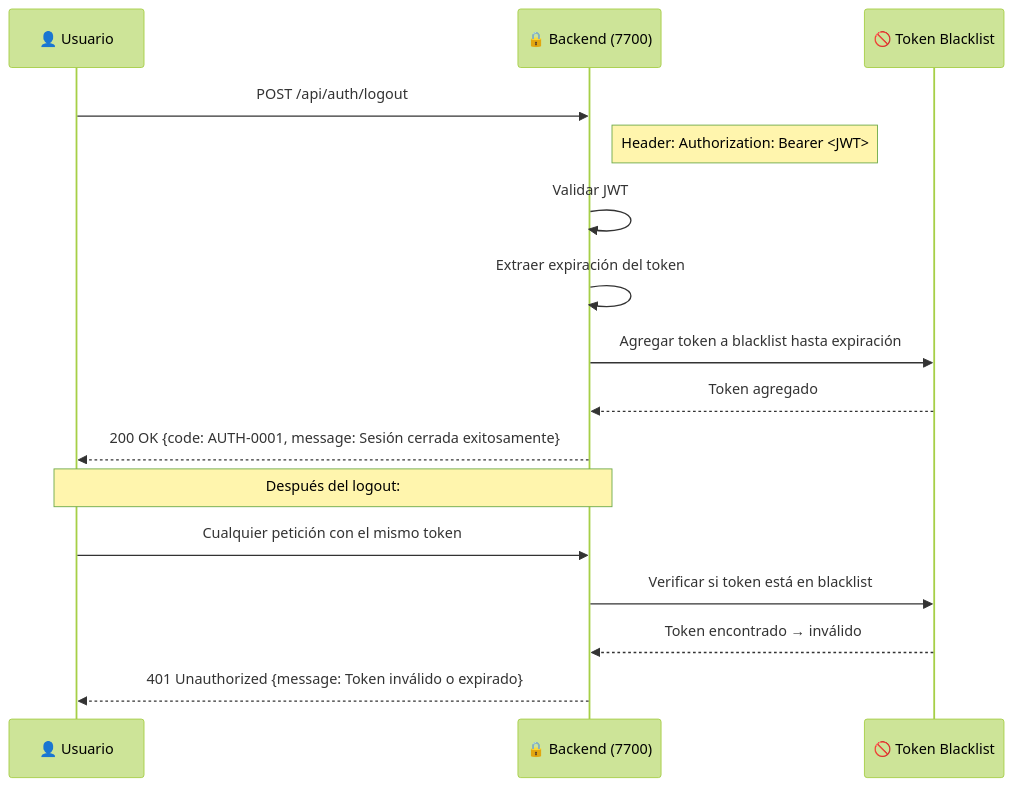
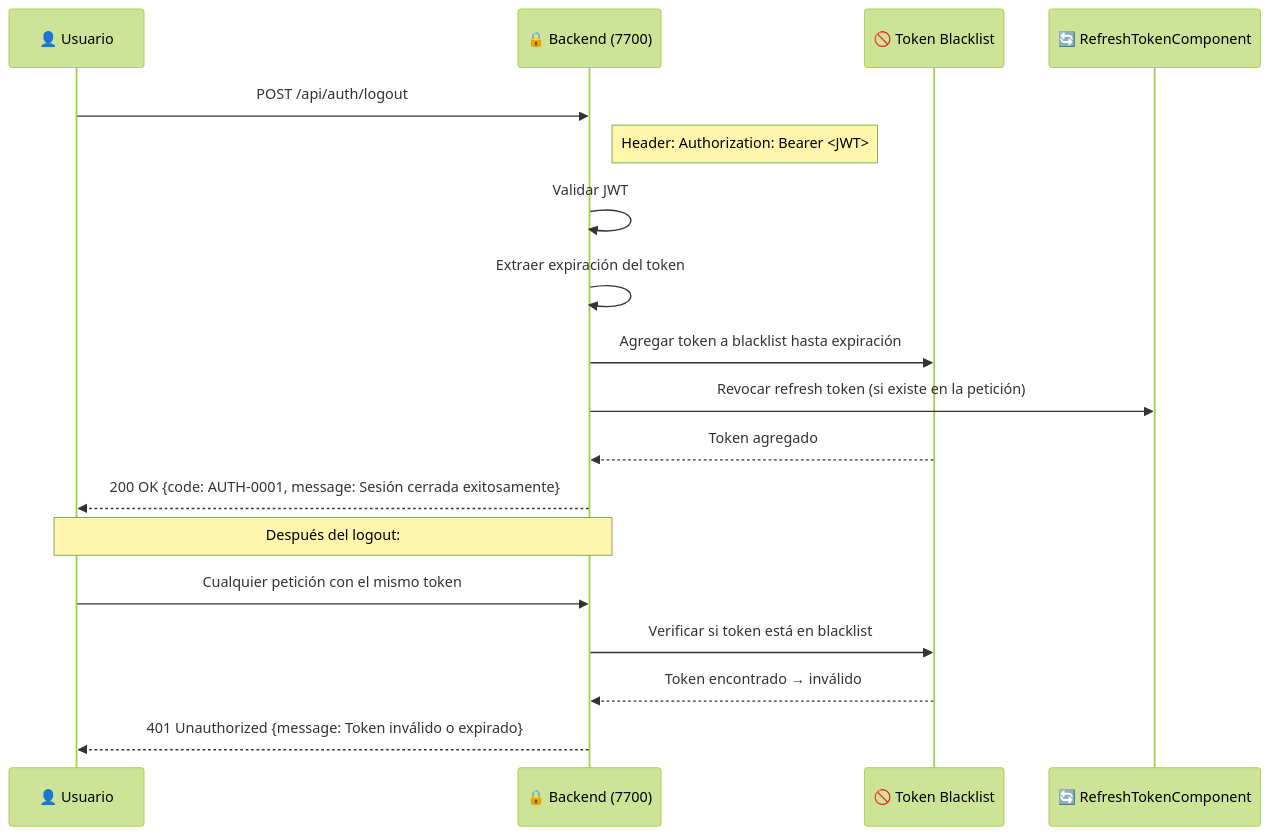
The seventh of 11 diagrams in README.md (42mrnobody42-alt/investment-tracker), drawn with Mermaid (forest theme) before and after one commit. The commit also changed other lines of this file, not shown here.

Commit message:
actualizar documentación con la nueva función de refresh token

````diff
--- a/README.md
+++ b/README.md
@@ -366,20 +369,22 @@
 ```mermaid
 sequenceDiagram
     participant U as 👤 Usuario
     participant B as 🔒 Backend (7700)
     participant BL as 🚫 Token Blacklist
+    participant RT as 🔄 RefreshTokenComponent
 
     U->>B: POST /api/auth/logout
     Note right of B: Header: Authorization: Bearer <JWT>
     B->>B: Validar JWT
     B->>B: Extraer expiración del token
     B->>BL: Agregar token a blacklist hasta expiración
+    B->>RT: Revocar refresh token (si existe en la petición)
     BL-->>B: Token agregado
     B-->>U: 200 OK {code: AUTH-0001, message: Sesión cerrada exitosamente}
 
     Note over U,B: Después del logout:
     U->>B: Cualquier petición con el mismo token
     B->>BL: Verificar si token está en blacklist
     BL-->>B: Token encontrado → inválido
     B-->>U: 401 Unauthorized {message: Token inválido o expirado}
 ```
````
